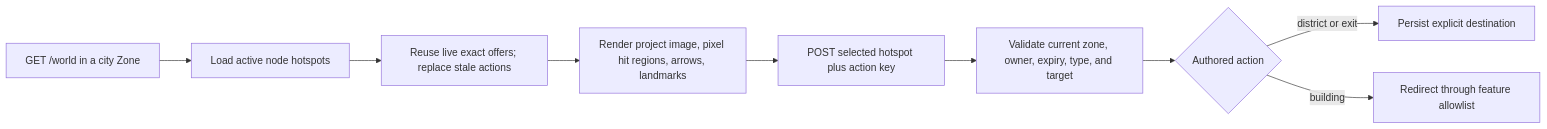
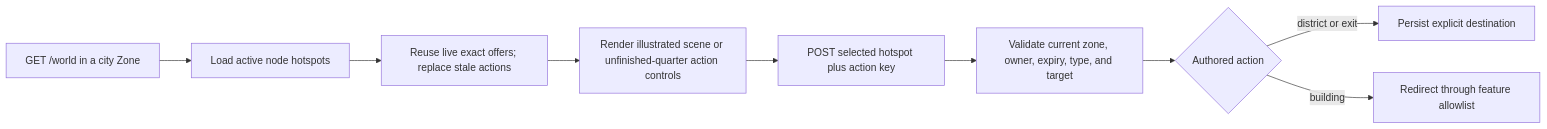
The diagram in doc/features/city.md (lukin-io/mmorpg), drawn with Mermaid before and after one commit. The commit also changed other lines of this file and 682 other files, not shown here.

````diff
--- a/doc/features/city.md
+++ b/doc/features/city.md
@@ -304,11 +620,11 @@
 ```mermaid
 flowchart LR
     A["GET /world in a city Zone"] --> B["Load active node hotspots"]
     B --> C["Reuse live exact offers; replace stale actions"]
-    C --> D["Render project image, pixel hit regions, arrows, landmarks"]
+    C --> D["Render illustrated scene or unfinished-quarter action controls"]
     D --> E["POST selected hotspot plus action key"]
     E --> F["Validate current zone, owner, expiry, type, and target"]
     F --> G{"Authored action"}
     G -->|district or exit| H["Persist explicit destination"]
     G -->|building| I["Redirect through feature allowlist"]
 ```
````
